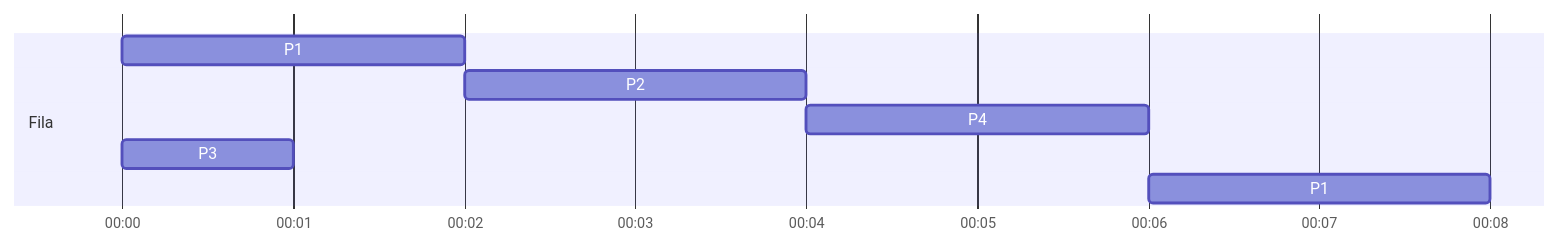
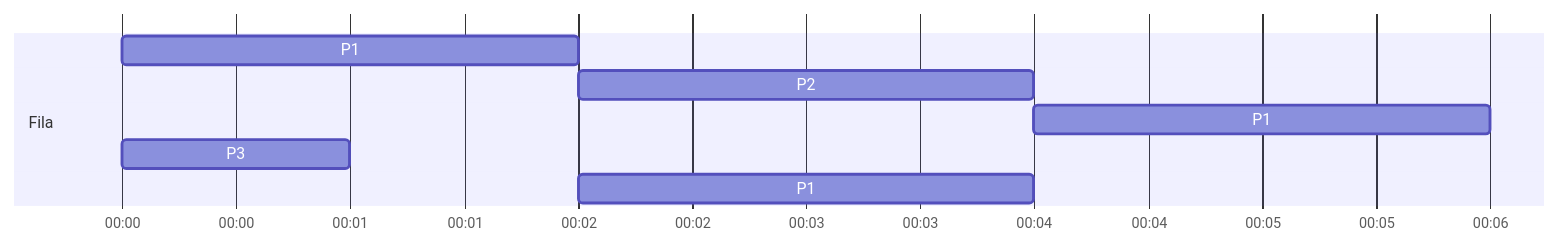
One commit to victorvcruz/ifg changed the eighth of 9 diagrams in 3ª Período/SO/escalonamento-cpu.md. Above: the diagram before and after it, drawn with Mermaid.

Commit message:
add diagrams

````diff
--- a/3ª Período/SO/escalonamento-cpu.md
+++ b/3ª Período/SO/escalonamento-cpu.md
@@ -338,11 +338,11 @@
 ```mermaid
 gantt
         dateFormat HH:mm
     axisFormat %H:%M
     section Fila 
         P1 :a1, 00:00, 2m
         P2 :a2, after a1, 2m
-        P4 :a3, after a2, 2m
+        P1 :a3, after a2, 2m
         P3 :a5, 00:00, 1m
-        P1 :a6, after a3, 2m
+        P1 :a6, after a1, 2m
 ```
````
